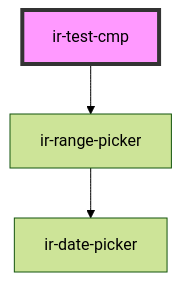
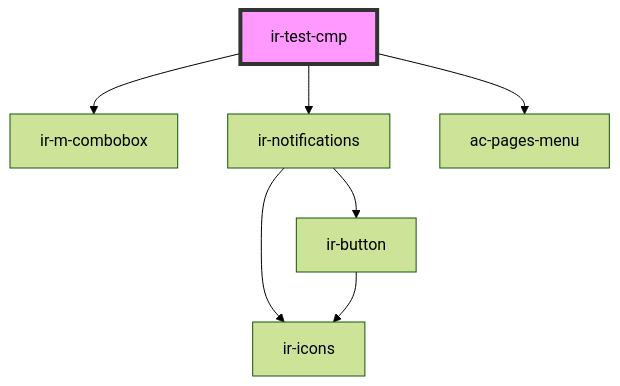
Before and after one commit to RonyRizk/ir-webcmp: the diagram in src/components/ir-test-cmp/readme.md, drawn with Mermaid (forest theme). The commit also changed other lines of this file and 51 other files, not shown here.

````diff
--- a/src/components/ir-test-cmp/readme.md
+++ b/src/components/ir-test-cmp/readme.md
@@ -15,6 +17,10 @@
 ```mermaid
 graph TD;
-  ir-test-cmp --> ir-range-picker
-  ir-range-picker --> ir-date-picker
+  ir-test-cmp --> ir-m-combobox
+  ir-test-cmp --> ir-notifications
+  ir-test-cmp --> ac-pages-menu
+  ir-notifications --> ir-button
+  ir-notifications --> ir-icons
+  ir-button --> ir-icons
   style ir-test-cmp fill:#f9f,stroke:#333,stroke-width:4px
 ```
````
